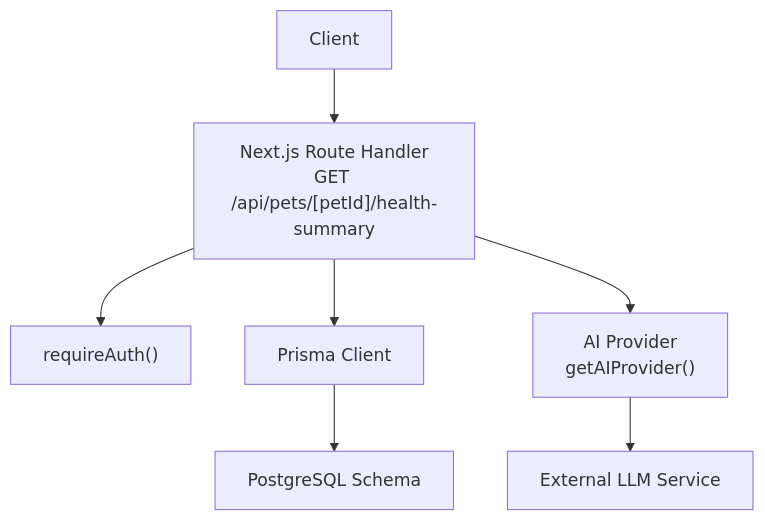
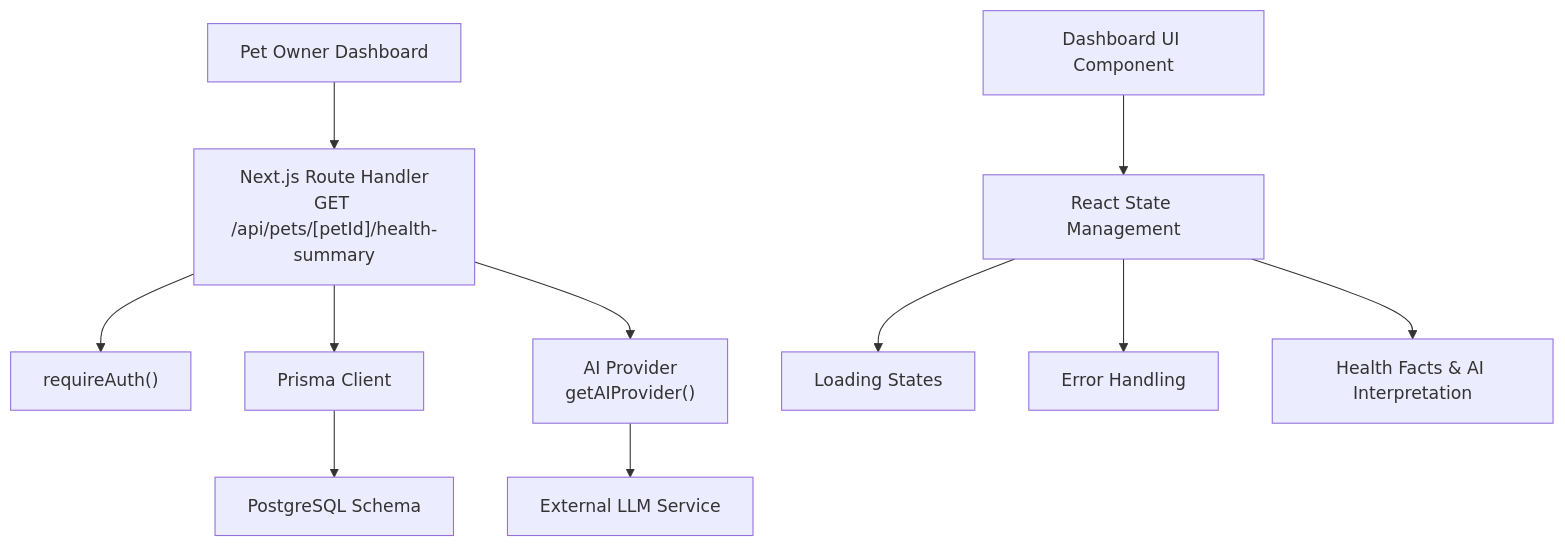
One commit to Javeria-Javaid/ai-powered-pet-healthcare-ecosystem changed the first of 3 diagrams in .qoder/repowiki/en/content/API Reference/Pet Management API/Pet Health Summary API.md. Above: the diagram before and after it, drawn with Mermaid. The commit also changed other lines of this file and 53 other files, not shown here.

Commit message:
Update API documentation, repo structure, and dashboard features

````diff
--- a/.qoder/repowiki/en/content/API Reference/Pet Management API/Pet Health Summary API.md
+++ b/.qoder/repowiki/en/content/API Reference/Pet Management API/Pet Health Summary API.md
@@ -38,9 +49,13 @@
 ```mermaid
 graph TB
-Client["Client"] --> API["Next.js Route Handler<br/>GET /api/pets/[petId]/health-summary"]
+Client["Pet Owner Dashboard"] --> API["Next.js Route Handler<br/>GET /api/pets/[petId]/health-summary"]
 API --> Auth["requireAuth()"]
 API --> DB["Prisma Client"]
 DB --> Schema["PostgreSQL Schema"]
 API --> AI["AI Provider<br/>getAIProvider()"]
 AI --> LLM["External LLM Service"]
+UI["Dashboard UI Component"] --> State["React State Management"]
+State --> Loading["Loading States"]
+State --> Error["Error Handling"]
+State --> Display["Health Facts & AI Interpretation"]
 ```
````
